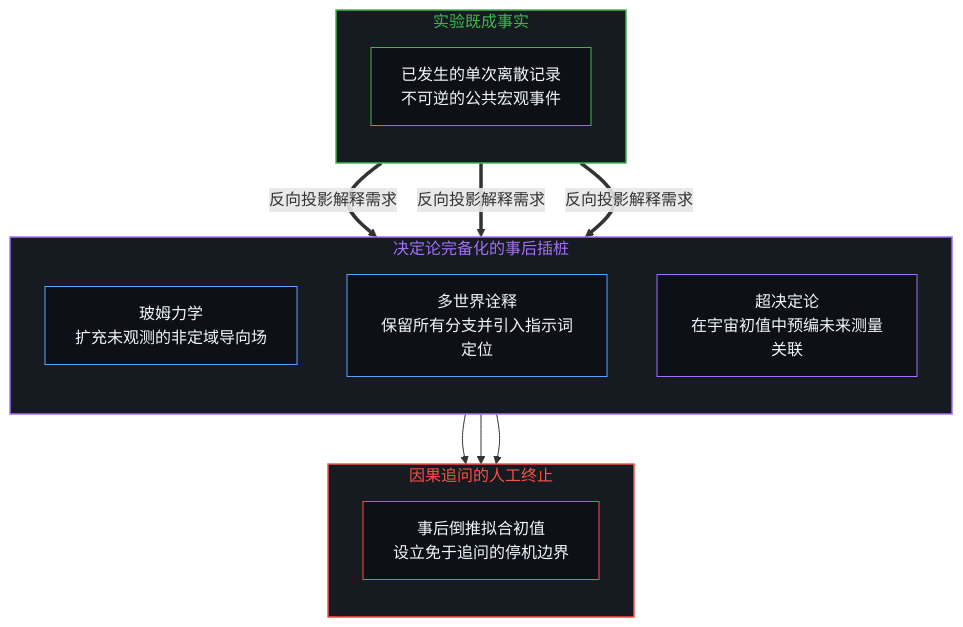
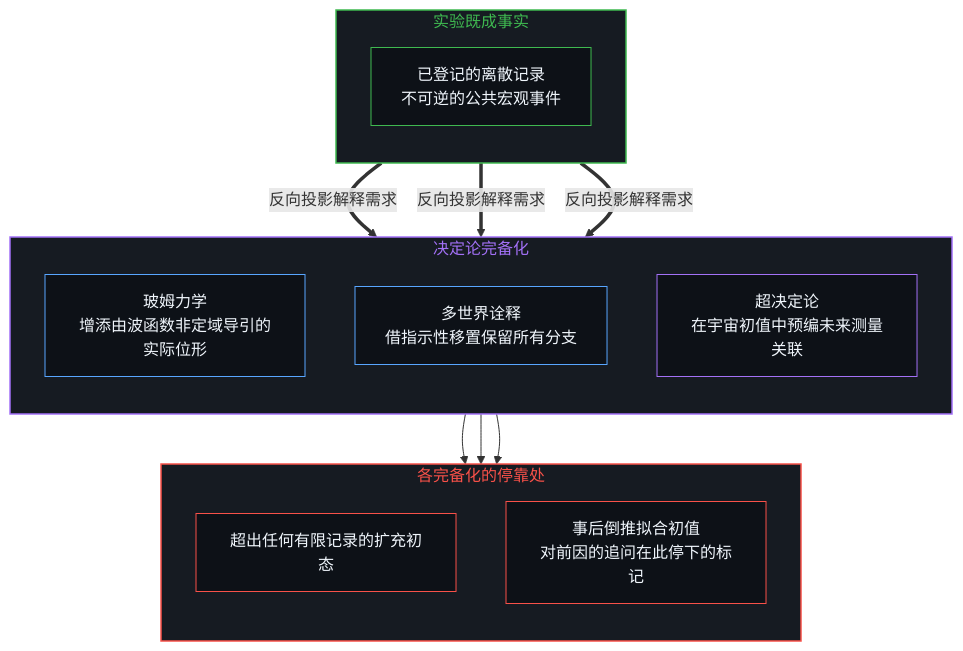
Before and after one commit to powerpig99/not-a-toe: the third of 6 diagrams in content/posts/the-potential-infinity-of-operators-and-the-finite-horizon-of-records.md, drawn with Mermaid. The commit also changed other lines of this file and 1 other file, not shown here.

````diff
--- a/content/posts/the-potential-infinity-of-operators-and-the-finite-horizon-of-records.md
+++ b/content/posts/the-potential-infinity-of-operators-and-the-finite-horizon-of-records.md
@@ -85,32 +85,34 @@
 ```mermaid
 flowchart TD
     subgraph S_EXPERIMENT ["实验既成事实"]
         direction TB
-        A["已发生的单次离散记录<br/>不可逆的公共宏观事件"]
+        A["已登记的离散记录<br/>不可逆的公共宏观事件"]
     end
-    subgraph S_COMPLETION ["决定论完备化的事后插桩"]
+    subgraph S_COMPLETION ["决定论完备化"]
         direction TB
-        B["玻姆力学<br/>扩充未观测的非定域导向场"]
-        C["多世界诠释<br/>保留所有分支并引入指示词定位"]
+        B["玻姆力学<br/>增添由波函数非定域导引的实际位形"]
+        C["多世界诠释<br/>借指示性移置保留所有分支"]
         D["超决定论<br/>在宇宙初值中预编未来测量关联"]
     end
-    subgraph S_HALT ["因果追问的人工终止"]
+    subgraph S_HALT ["各完备化的停靠处"]
         direction TB
-        E["事后倒推拟合初值<br/>设立免于追问的停机边界"]
+        F["超出任何有限记录的扩充初态"]
+        E["事后倒推拟合初值<br/>对前因的追问在此停下的标记"]
     end
     A ==>|反向投影解释需求| B
     A ==>|反向投影解释需求| C
     A ==>|反向投影解释需求| D
-    B --> E
-    C --> E
+    B --> F
+    C --> F
     D --> E
 
     style S_EXPERIMENT fill:#161b22,stroke:#3fb950,stroke-width:1.5px,color:#3fb950
     style S_COMPLETION fill:#161b22,stroke:#a371f7,stroke-width:1.5px,color:#a371f7
     style S_HALT fill:#161b22,stroke:#f85149,stroke-width:1.5px,color:#f85149
     style A fill:#0d1117,stroke:#3fb950,stroke-width:1px,color:#f0f6fc
     style B fill:#0d1117,stroke:#58a6ff,stroke-width:1px,color:#f0f6fc
     style C fill:#0d1117,stroke:#58a6ff,stroke-width:1px,color:#f0f6fc
     style D fill:#0d1117,stroke:#a371f7,stroke-width:1px,color:#f0f6fc
     style E fill:#0d1117,stroke:#f85149,stroke-width:1px,color:#f0f6fc
+    style F fill:#0d1117,stroke:#f85149,stroke-width:1px,color:#f0f6fc
 ```
````
